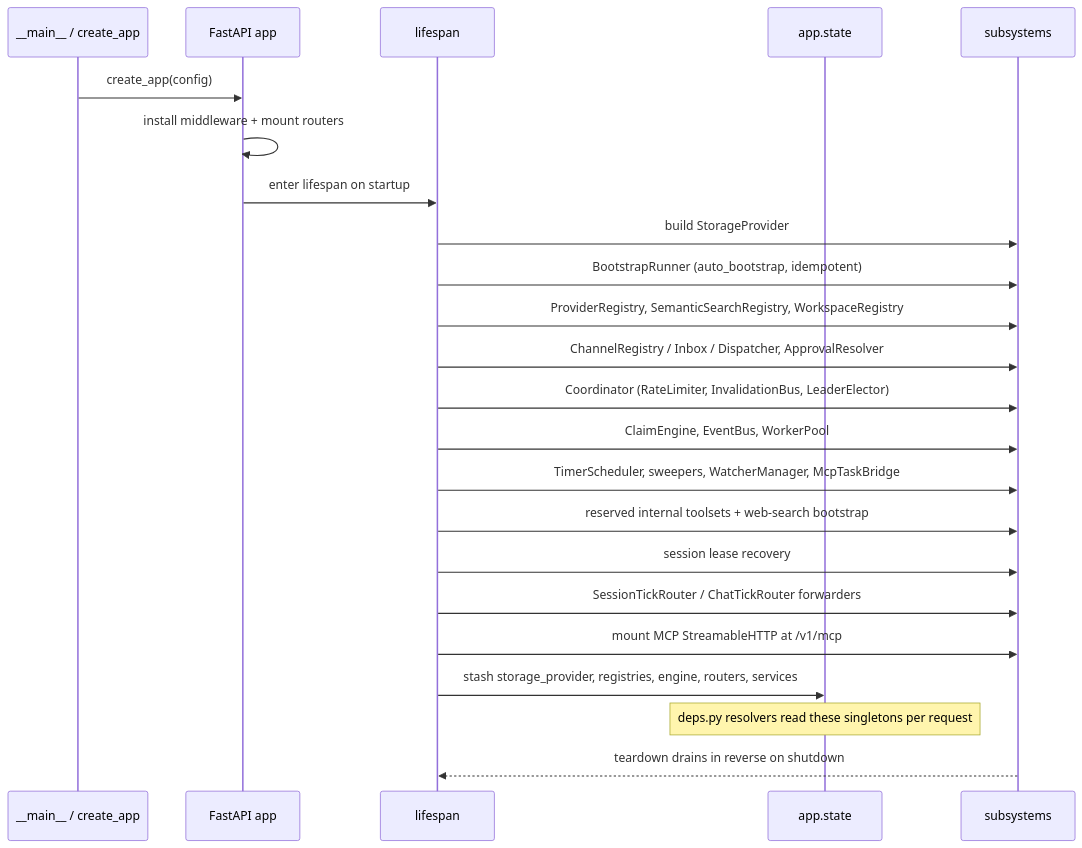
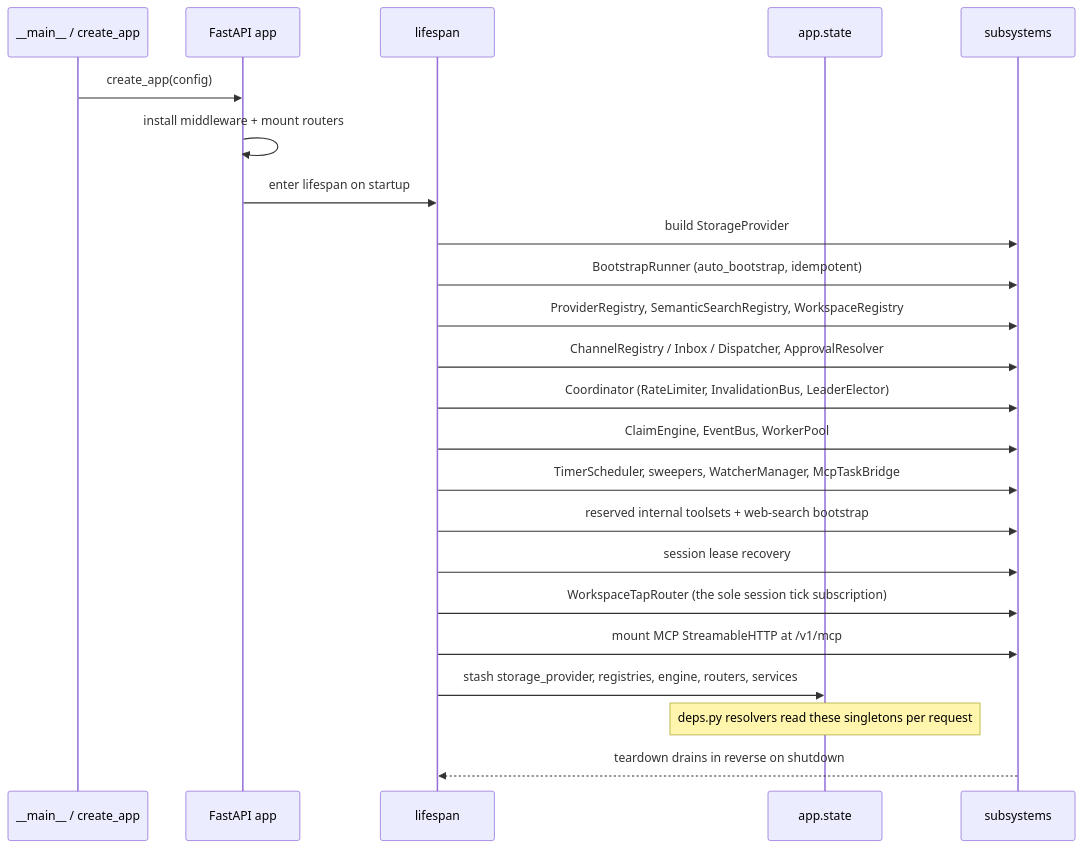
Before and after one commit to primerhq/primer: the second of 2 diagrams in docs/dev/architecture/rest-api.md, drawn with Mermaid. The commit also changed other lines of this file and 7 other files, not shown here.

````diff
--- a/docs/dev/architecture/rest-api.md
+++ b/docs/dev/architecture/rest-api.md
@@ -111,26 +111,26 @@
 ```mermaid
 sequenceDiagram
     participant Main as __main__ / create_app
     participant App as FastAPI app
     participant Life as lifespan
     participant State as app.state
     participant Sub as subsystems
 
     Main->>App: create_app(config)
     App->>App: install middleware + mount routers
     App->>Life: enter lifespan on startup
     Life->>Sub: build StorageProvider
     Life->>Sub: BootstrapRunner (auto_bootstrap, idempotent)
     Life->>Sub: ProviderRegistry, SemanticSearchRegistry, WorkspaceRegistry
     Life->>Sub: ChannelRegistry / Inbox / Dispatcher, ApprovalResolver
     Life->>Sub: Coordinator (RateLimiter, InvalidationBus, LeaderElector)
     Life->>Sub: ClaimEngine, EventBus, WorkerPool
     Life->>Sub: TimerScheduler, sweepers, WatcherManager, McpTaskBridge
     Life->>Sub: reserved internal toolsets + web-search bootstrap
     Life->>Sub: session lease recovery
-    Life->>Sub: SessionTickRouter / ChatTickRouter forwarders
+    Life->>Sub: WorkspaceTapRouter (the sole session tick subscription)
     Life->>Sub: mount MCP StreamableHTTP at /v1/mcp
     Life->>State: stash storage_provider, registries, engine, routers, services
     Note over State: deps.py resolvers read these singletons per request
     Sub-->>Life: teardown drains in reverse on shutdown
 ```
````
